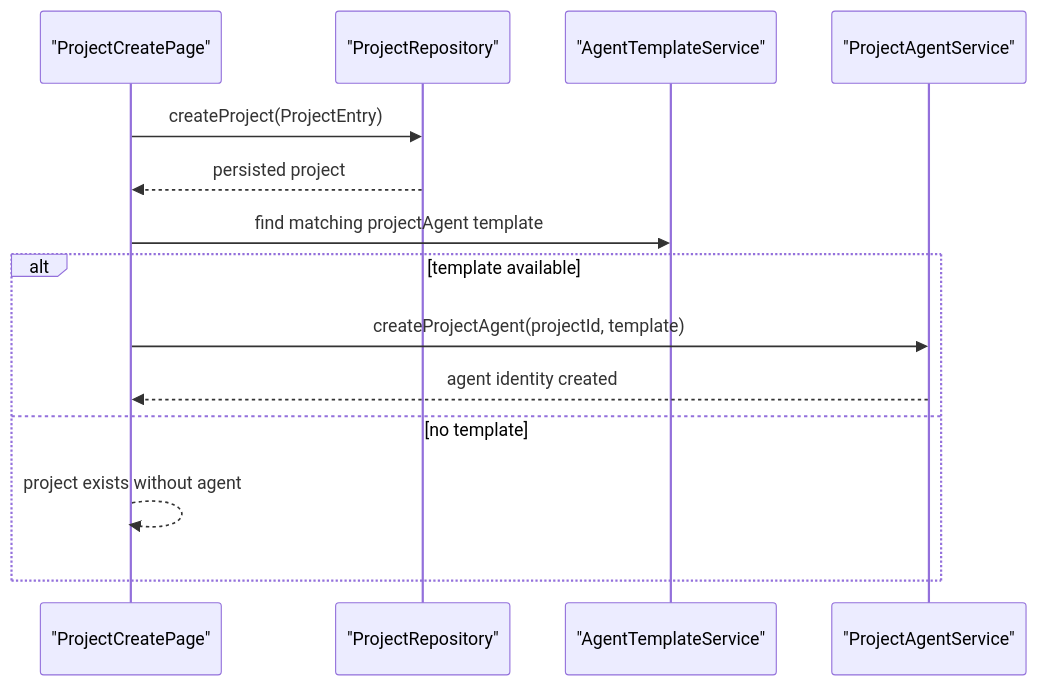
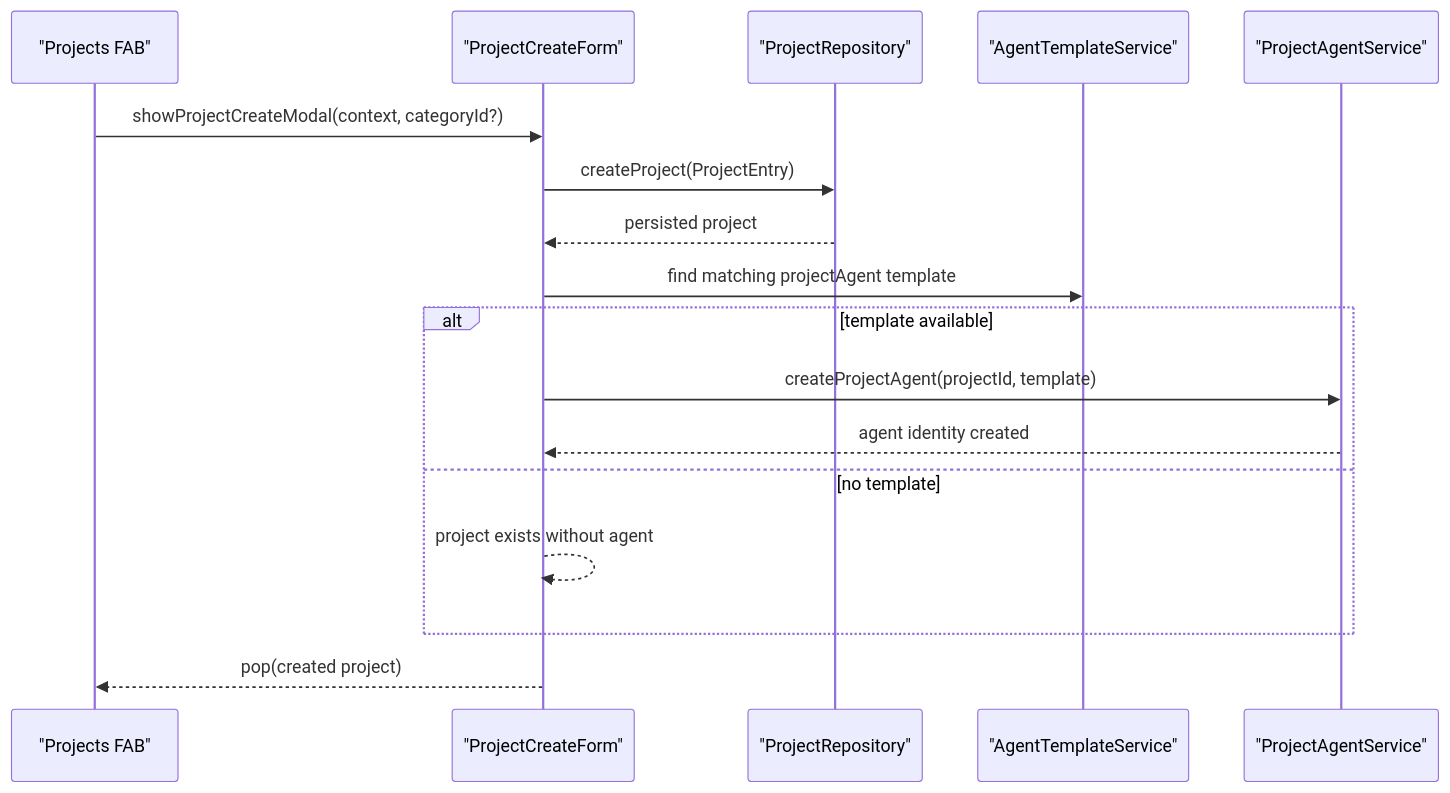
One commit to matthiasn/lotti changed the second of 6 diagrams in lib/features/projects/README.md. Above: the diagram before and after it, drawn with Mermaid. The commit also changed other lines of this file and 17 other files, not shown here.

First line of the commit message:
feat: replace full-screen project create page with responsive modal

````diff
--- a/lib/features/projects/README.md
+++ b/lib/features/projects/README.md
@@ -118,17 +123,20 @@
 ```mermaid
 sequenceDiagram
-  participant UI as "ProjectCreatePage"
+  participant FAB as "Projects FAB"
+  participant Form as "ProjectCreateForm"
   participant Repo as "ProjectRepository"
   participant Template as "AgentTemplateService"
   participant Agent as "ProjectAgentService"
 
-  UI->>Repo: createProject(ProjectEntry)
-  Repo-->>UI: persisted project
-  UI->>Template: find matching projectAgent template
+  FAB->>Form: showProjectCreateModal(context, categoryId?)
+  Form->>Repo: createProject(ProjectEntry)
+  Repo-->>Form: persisted project
+  Form->>Template: find matching projectAgent template
   alt template available
-    UI->>Agent: createProjectAgent(projectId, template)
-    Agent-->>UI: agent identity created
+    Form->>Agent: createProjectAgent(projectId, template)
+    Agent-->>Form: agent identity created
   else no template
-    UI-->>UI: project exists without agent
+    Form-->>Form: project exists without agent
   end
+  Form-->>FAB: pop(created project)
 ```
````
